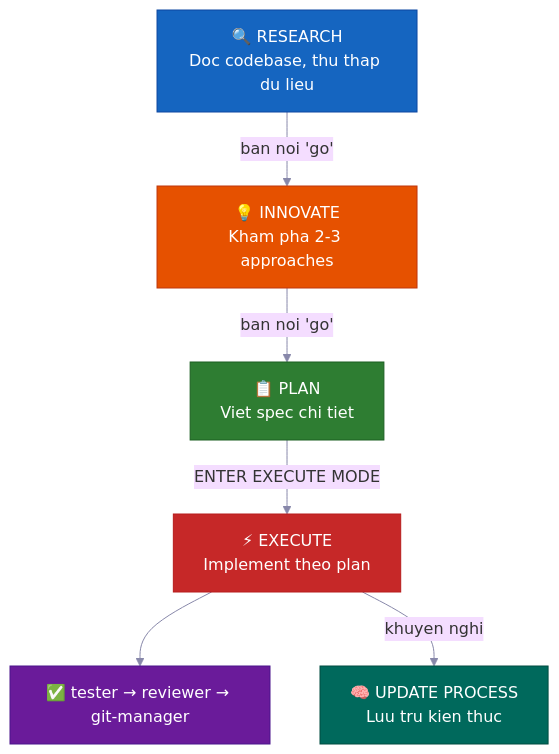
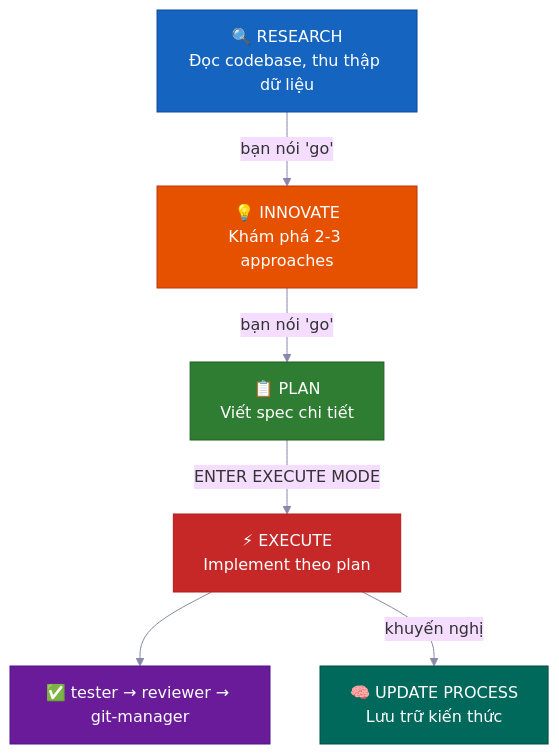
One commit to shan23/vibecode-pro-max-kit changed the first of 4 diagrams in docs/i18n/README.vi-VN.md. Above: the diagram before and after it, drawn with Mermaid. The commit also changed other lines of this file and 4 other files, not shown here.

````diff
--- a/docs/i18n/README.vi-VN.md
+++ b/docs/i18n/README.vi-VN.md
@@ -303,23 +309,23 @@
 ```mermaid
 %%{init: {'theme': 'base', 'themeVariables': {'fontSize': '16px', 'lineColor': '#8888AA'}} }%%
 flowchart TD
-    R["🔍 RESEARCH\nDoc codebase, thu thap du lieu"]
-    I["💡 INNOVATE\nKham pha 2-3 approaches"]
-    P["📋 PLAN\nViet spec chi tiet"]
+    R["🔍 RESEARCH\nĐọc codebase, thu thập dữ liệu"]
+    I["💡 INNOVATE\nKhám phá 2-3 approaches"]
+    P["📋 PLAN\nViết spec chi tiết"]
     E["⚡ EXECUTE\nImplement theo plan"]
     T["✅ tester → reviewer → git-manager"]
-    U["🧠 UPDATE PROCESS\nLuu tru kien thuc"]
+    U["🧠 UPDATE PROCESS\nLưu trữ kiến thức"]
 
-    R -->|"ban noi 'go'"| I
-    I -->|"ban noi 'go'"| P
+    R -->|"bạn nói 'go'"| I
+    I -->|"bạn nói 'go'"| P
     P -->|"ENTER EXECUTE MODE"| E
     E --> T
-    E -->|"khuyen nghi"| U
+    E -->|"khuyến nghị"| U
 
     style R fill:#1565C0,stroke:#0D47A1,color:#FFFFFF
     style I fill:#E65100,stroke:#BF360C,color:#FFFFFF
     style P fill:#2E7D32,stroke:#1B5E20,color:#FFFFFF
     style E fill:#C62828,stroke:#B71C1C,color:#FFFFFF
     style T fill:#6A1B9A,stroke:#4A148C,color:#FFFFFF
     style U fill:#00695C,stroke:#004D40,color:#FFFFFF
 ```
````
